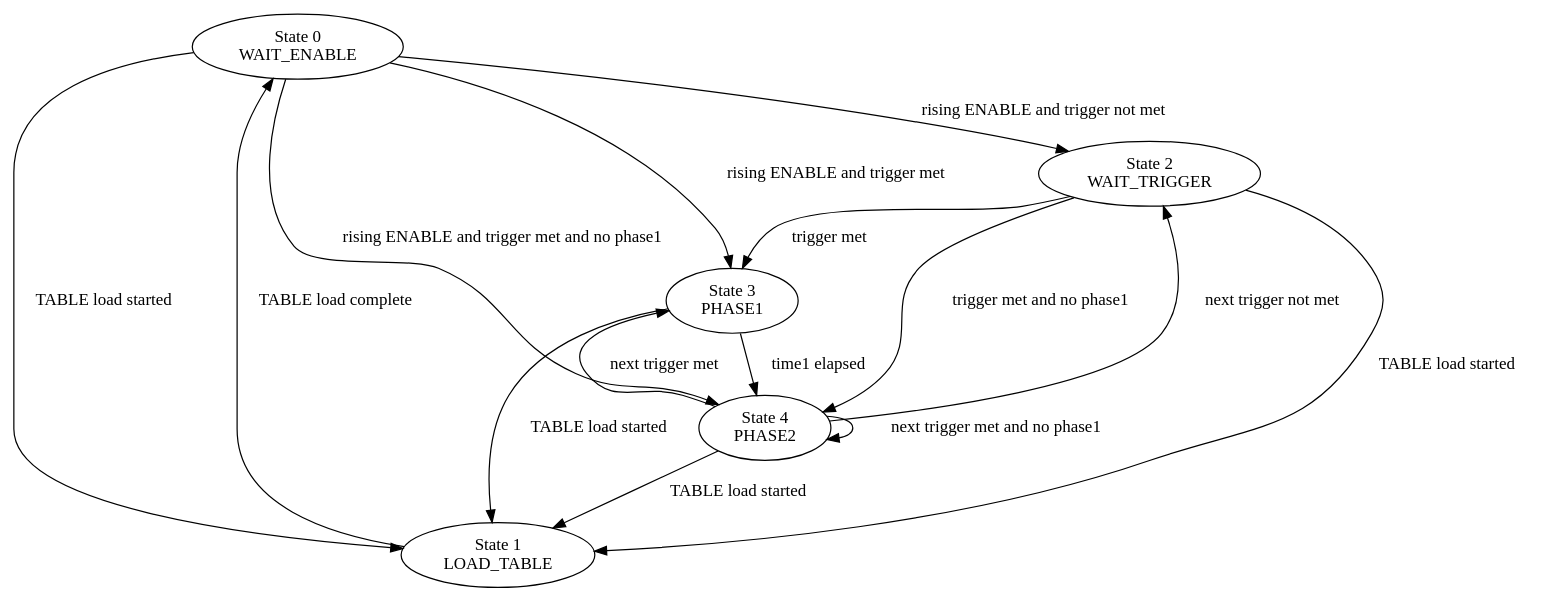
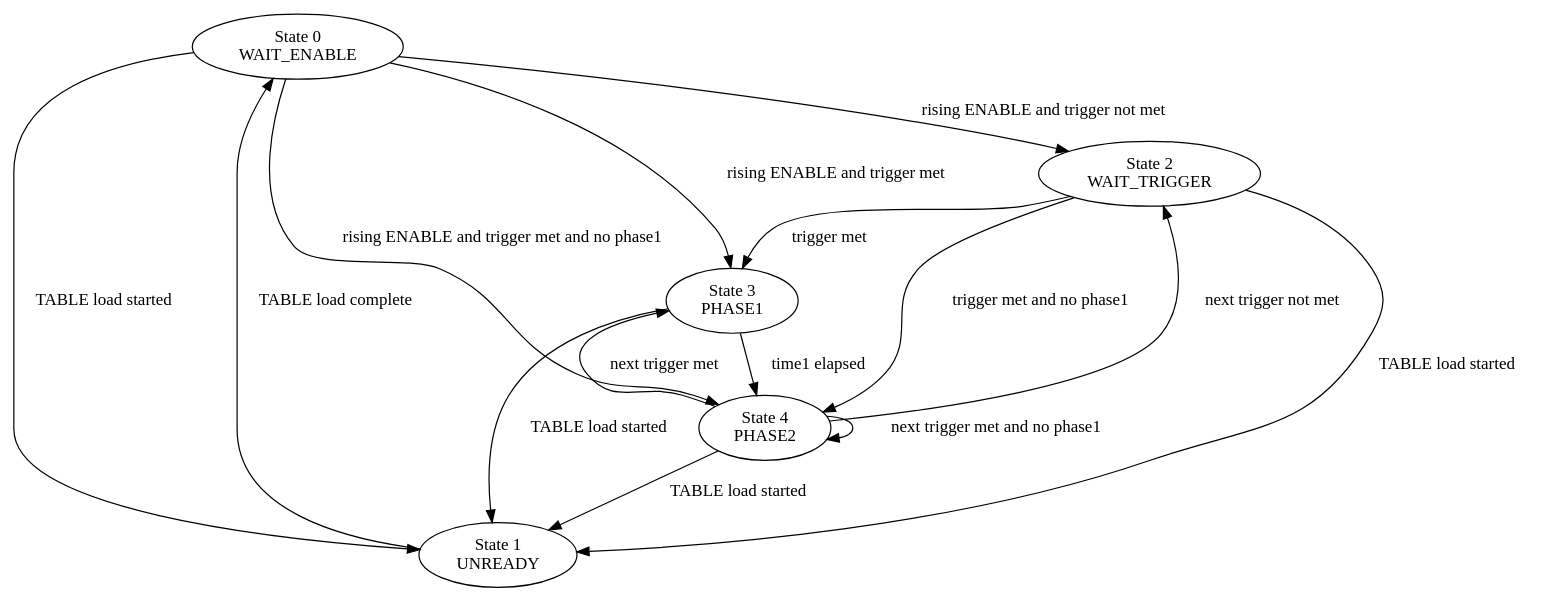
The diagram in modules/seq/seq_doc.rst (PandABlocks/PandABlocks-FPGA), drawn with Graphviz before and after one commit. The commit also changed other lines of this file and 9 other files, not shown here.

```diff
--- a/modules/seq/seq_doc.rst
+++ b/modules/seq/seq_doc.rst
@@ -91,26 +91,26 @@
 .. digraph:: pcomp_sm
 
     WAIT_ENABLE [label="State 0\nWAIT_ENABLE"]
-    LOAD_TABLE [label="State 1\nLOAD_TABLE"]
+    UNREADY [label="State 1\nUNREADY"]
     WAIT_TRIGGER [label="State 2\nWAIT_TRIGGER"]
     PHASE1 [label="State 3\nPHASE1"]
     PHASE2 [label="State 4\nPHASE2"]
 
-    WAIT_ENABLE -> LOAD_TABLE [label=" TABLE load started "]
+    WAIT_ENABLE -> UNREADY [label=" TABLE load started "]
     WAIT_ENABLE -> WAIT_TRIGGER [label=" rising ENABLE and trigger not met "]
     WAIT_ENABLE -> PHASE1 [label=" rising ENABLE and trigger met "]
     WAIT_ENABLE -> PHASE2 [label=" rising ENABLE and trigger met and no phase1 "]
 
-    LOAD_TABLE -> WAIT_ENABLE [label=" TABLE load complete "]
+    UNREADY -> WAIT_ENABLE [label=" TABLE load complete "]
 
-    WAIT_TRIGGER -> LOAD_TABLE [label=" TABLE load started "]
+    WAIT_TRIGGER -> UNREADY [label=" TABLE load started "]
     WAIT_TRIGGER -> PHASE1 [label=" trigger met "]
     WAIT_TRIGGER -> PHASE2 [label=" trigger met and no phase1 "]
 
-    PHASE1 -> LOAD_TABLE [label=" TABLE load started "]
+    PHASE1 -> UNREADY [label=" TABLE load started "]
     PHASE1 -> PHASE2 [label=" time1 elapsed "]
 
-    PHASE2 -> LOAD_TABLE [label=" TABLE load started "]
+    PHASE2 -> UNREADY [label=" TABLE load started "]
     PHASE2 -> WAIT_TRIGGER [label=" next trigger not met "]
     PHASE2 -> PHASE1 [label=" next trigger met "]
     PHASE2 -> PHASE2 [label=" next trigger met and no phase1 "]
```
